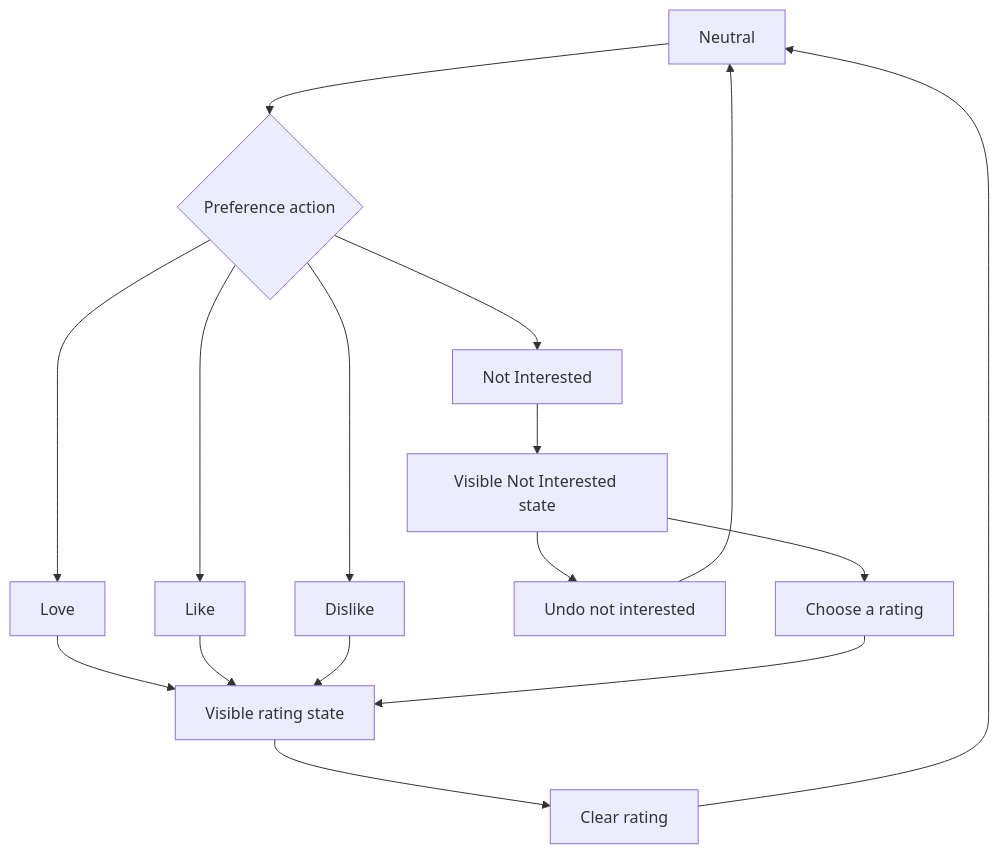
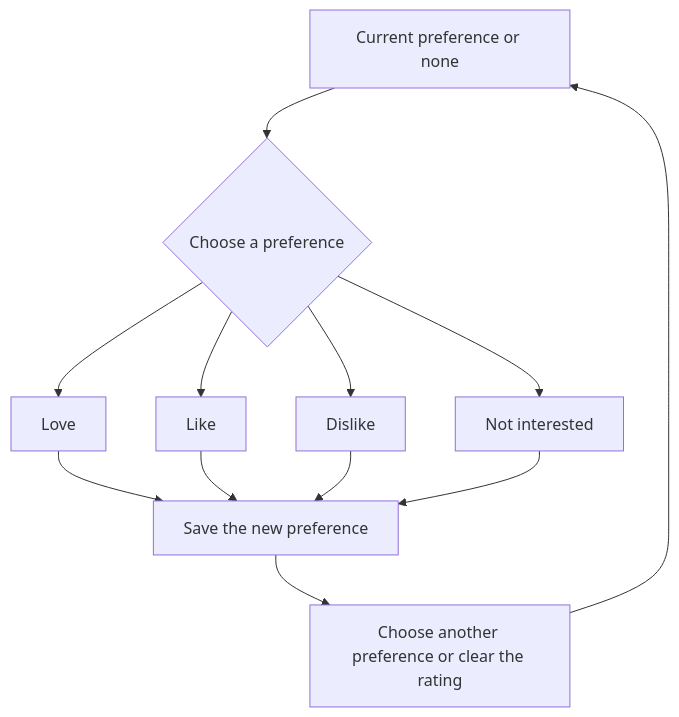
The fourth of 6 diagrams in docs/kmk/how-kmk-works.md (FancyCorey/komikku-fc), drawn with Mermaid before and after one commit. The commit also changed other lines of this file and 16 other files, not shown here.

````diff
--- a/docs/kmk/how-kmk-works.md
+++ b/docs/kmk/how-kmk-works.md
@@ -65,18 +64,14 @@
 ```mermaid
 flowchart TD
-    Neutral["Neutral"] --> Choose{"Preference action"}
+    Current["Current preference or none"] --> Choose{"Choose a preference"}
     Choose --> Love["Love"]
     Choose --> Like["Like"]
     Choose --> Dislike["Dislike"]
-    Choose --> NotInterested["Not Interested"]
-    Love --> Rated["Visible rating state"]
-    Like --> Rated
-    Dislike --> Rated
-    NotInterested --> Hidden["Visible Not Interested state"]
-    Rated --> Clear["Clear rating"]
-    Hidden --> Undo["Undo not interested"]
-    Hidden --> Replace["Choose a rating"]
-    Clear --> Neutral
-    Undo --> Neutral
-    Replace --> Rated
+    Choose --> NotInterested["Not interested"]
+    Love --> Saved["Save the new preference"]
+    Like --> Saved
+    Dislike --> Saved
+    NotInterested --> Saved
+    Saved --> Change["Choose another preference or clear the rating"]
+    Change --> Current
 ```
````
